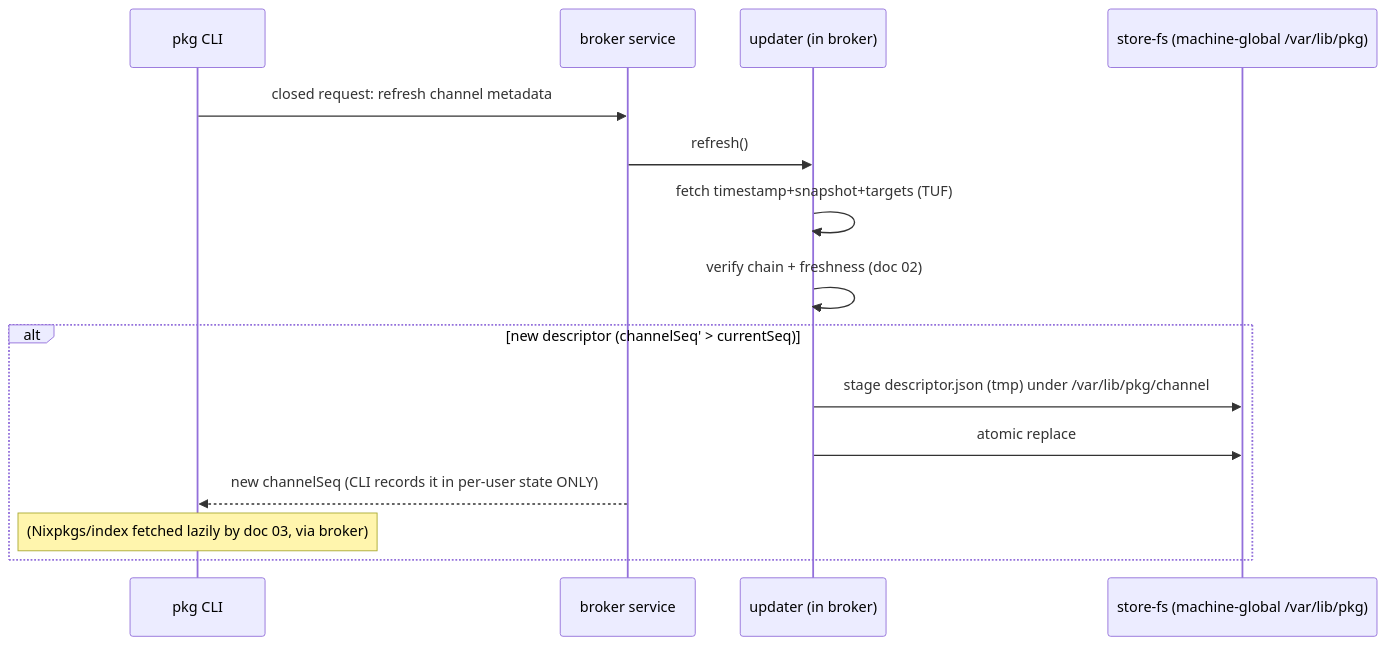
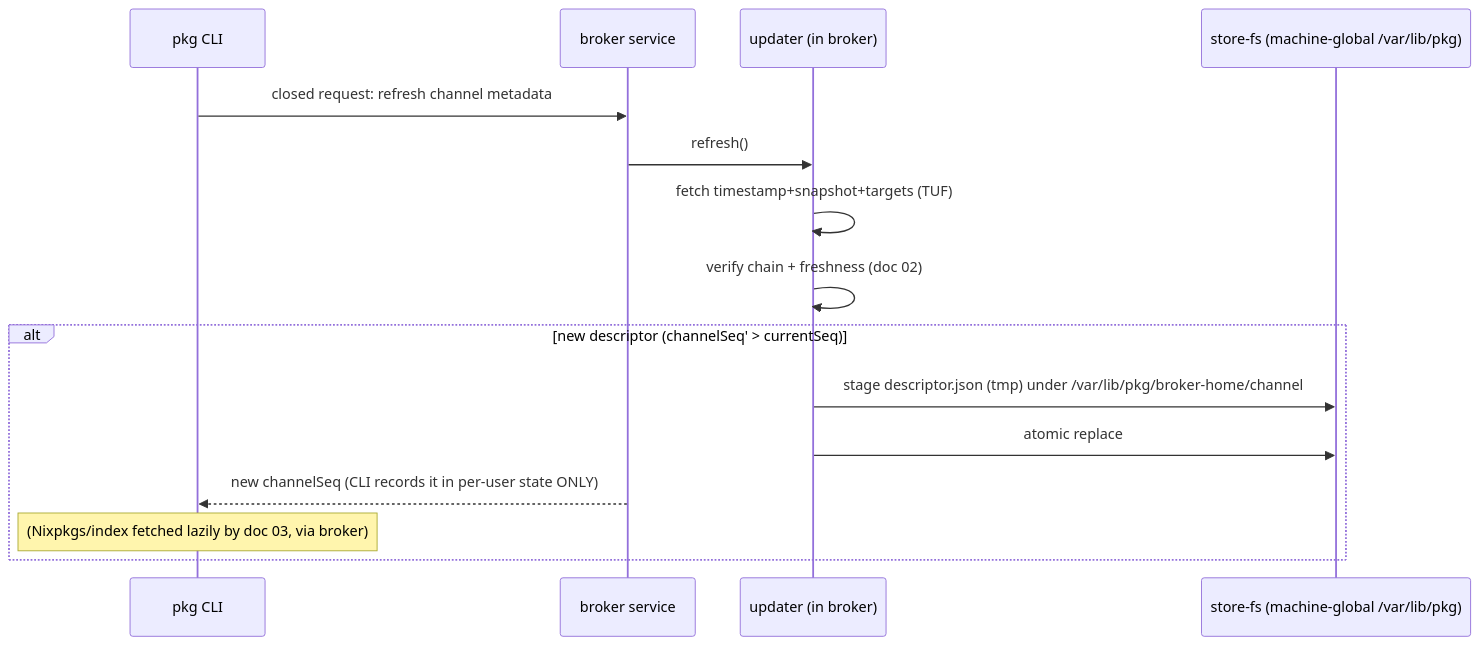
One commit to spa5k/pkg changed the fifth of 5 diagrams in plans/01-system-architecture.md. Above: the diagram before and after it, drawn with Mermaid. The commit also changed other lines of this file and 50 other files, not shown here.

````diff
--- a/plans/01-system-architecture.md
+++ b/plans/01-system-architecture.md
@@ -425,17 +429,17 @@
 ```mermaid
 sequenceDiagram
   participant CLI as pkg CLI
   participant BRK as broker service
   participant UP as updater (in broker)
   participant FS as store-fs (machine-global /var/lib/pkg)
   CLI->>BRK: closed request: refresh channel metadata
   BRK->>UP: refresh()
   UP->>UP: fetch timestamp+snapshot+targets (TUF)
   UP->>UP: verify chain + freshness (doc 02)
   alt new descriptor (channelSeq' > currentSeq)
-    UP->>FS: stage descriptor.json (tmp) under /var/lib/pkg/channel
+    UP->>FS: stage descriptor.json (tmp) under /var/lib/pkg/broker-home/channel
     UP->>FS: atomic replace
     BRK-->>CLI: new channelSeq (CLI records it in per-user state ONLY)
     Note over CLI: (Nixpkgs/index fetched lazily by doc 03, via broker)
   end
 ```
````
